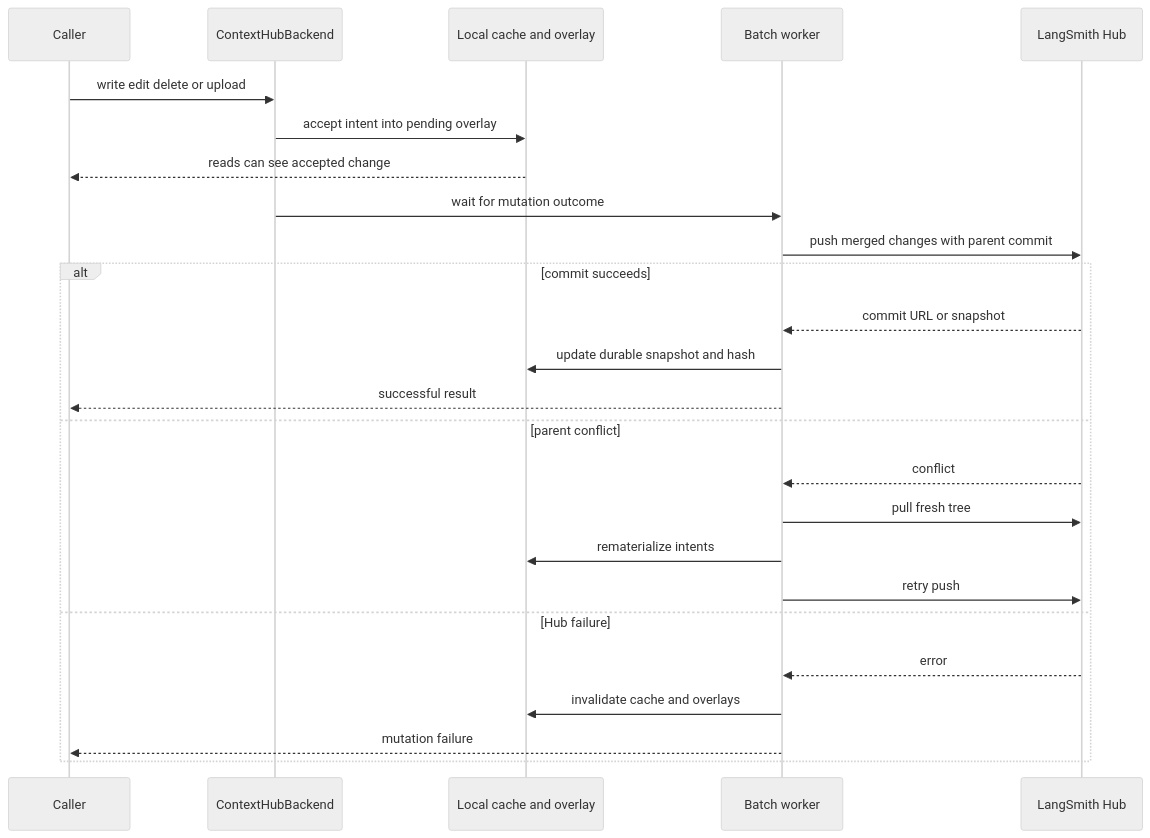
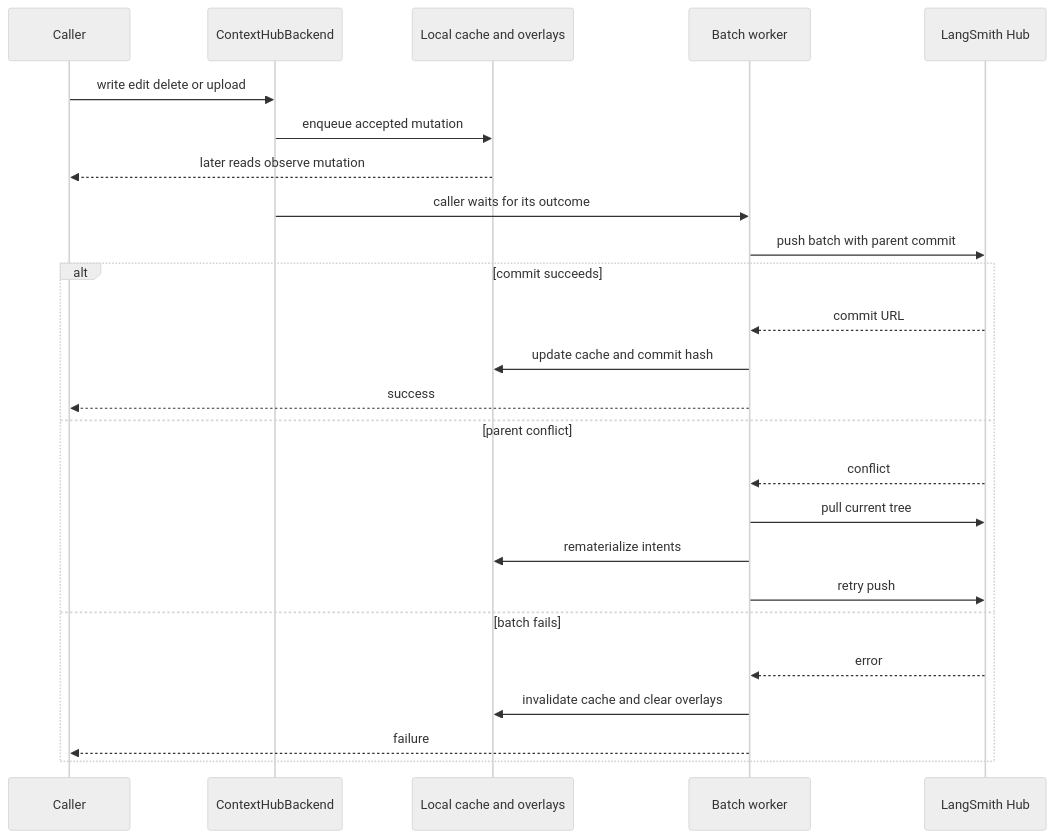
One commit to langchain-ai/deepagents changed the second of 2 diagrams in openwiki/concepts/backends.md. Above: the diagram before and after it, drawn with Mermaid (neutral theme). The commit also changed other lines of this file and 28 other files, not shown here.

````diff
--- a/openwiki/concepts/backends.md
+++ b/openwiki/concepts/backends.md
@@ -91,27 +69,27 @@
 ```mermaid
 sequenceDiagram
     participant Caller
-    participant HubBackend as ContextHubBackend
-    participant Cache as Local cache and overlay
+    participant Backend as ContextHubBackend
+    participant Overlay as Local cache and overlays
     participant Worker as Batch worker
     participant Hub as LangSmith Hub
-    Caller->>HubBackend: write edit delete or upload
-    HubBackend->>Cache: accept intent into pending overlay
-    Cache-->>Caller: reads can see accepted change
-    HubBackend->>Worker: wait for mutation outcome
-    Worker->>Hub: push merged changes with parent commit
+    Caller->>Backend: write edit delete or upload
+    Backend->>Overlay: enqueue accepted mutation
+    Overlay-->>Caller: later reads observe mutation
+    Backend->>Worker: caller waits for its outcome
+    Worker->>Hub: push batch with parent commit
     alt commit succeeds
-        Hub-->>Worker: commit URL or snapshot
-        Worker->>Cache: update durable snapshot and hash
-        Worker-->>Caller: successful result
+        Hub-->>Worker: commit URL
+        Worker->>Overlay: update cache and commit hash
+        Worker-->>Caller: success
     else parent conflict
         Hub-->>Worker: conflict
-        Worker->>Hub: pull fresh tree
-        Worker->>Cache: rematerialize intents
+        Worker->>Hub: pull current tree
+        Worker->>Overlay: rematerialize intents
         Worker->>Hub: retry push
-    else Hub failure
+    else batch fails
         Hub-->>Worker: error
-        Worker->>Cache: invalidate cache and overlays
-        Worker-->>Caller: mutation failure
+        Worker->>Overlay: invalidate cache and clear overlays
+        Worker-->>Caller: failure
     end
 ```
````
